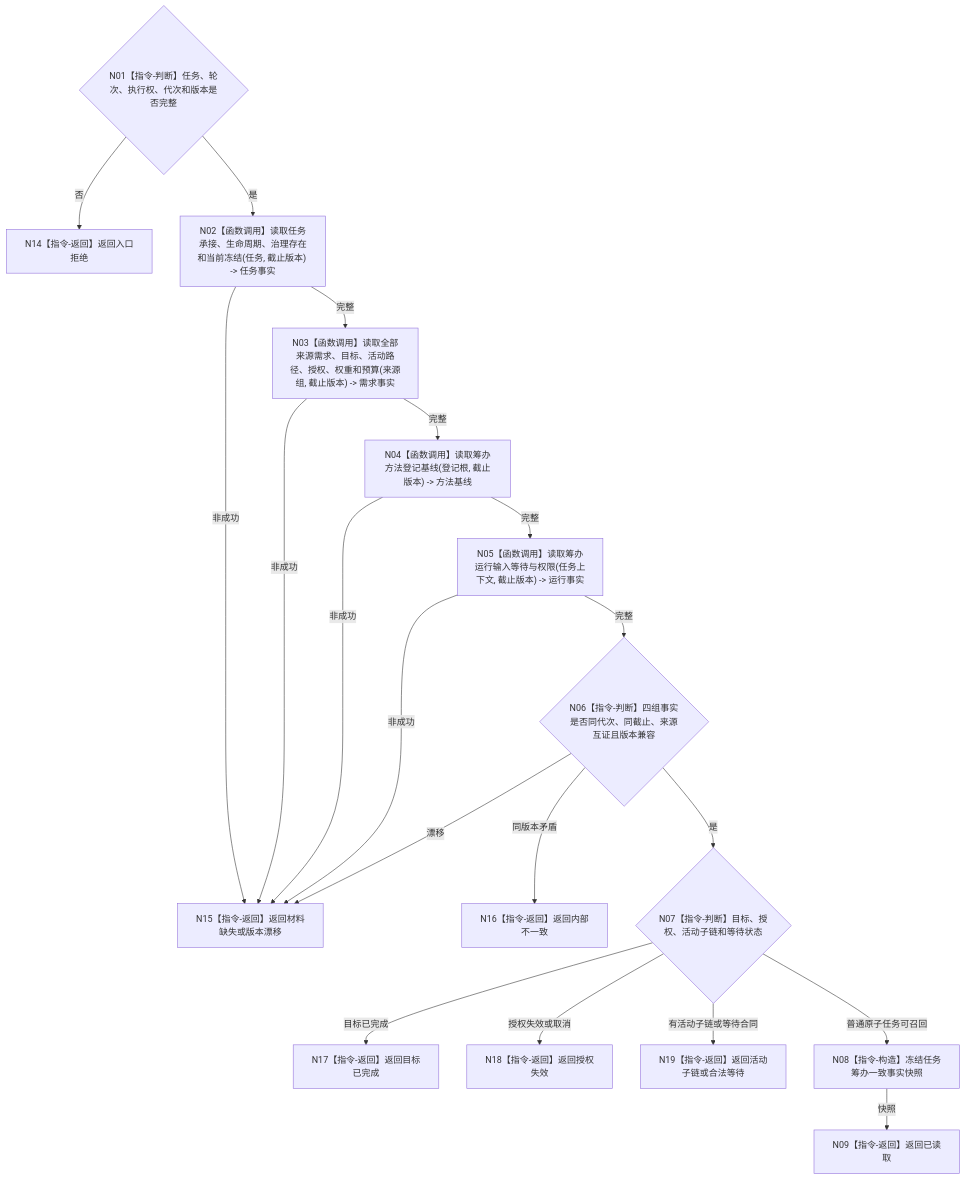
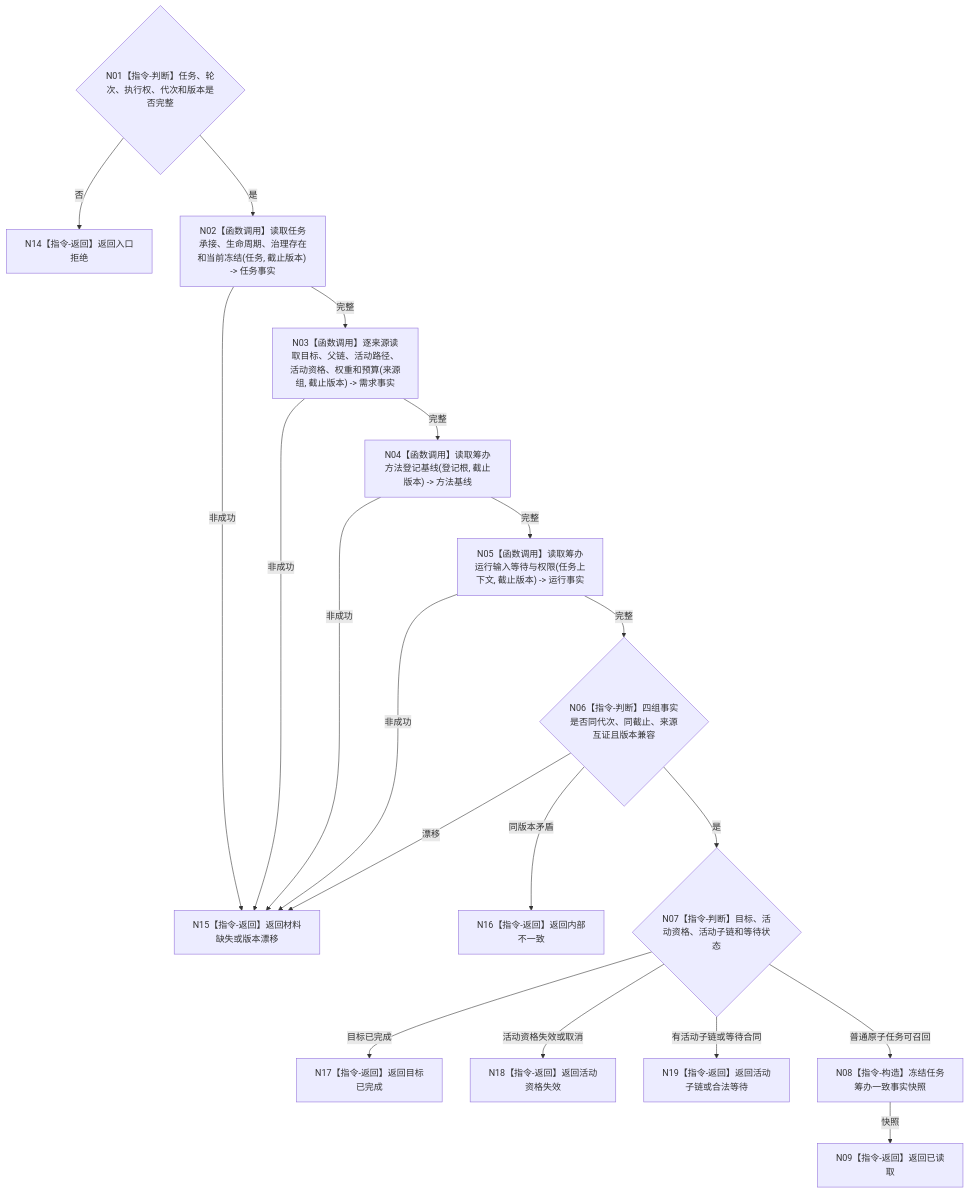
The diagram in 流程图/目标业务流程图/L3/BIZ-L3-004-03-02_读取任务筹办一致事实_目标函数流程图_v0.1.md (chunhaizh-cyber/HY-Ego), drawn with Mermaid before and after one commit. The commit also changed other lines of this file and 35 other files, not shown here.

````diff
--- a/流程图/目标业务流程图/L3/BIZ-L3-004-03-02_读取任务筹办一致事实_目标函数流程图_v0.1.md
+++ b/流程图/目标业务流程图/L3/BIZ-L3-004-03-02_读取任务筹办一致事实_目标函数流程图_v0.1.md
@@ -30,21 +30,21 @@
 ```mermaid
 flowchart TD
     N01{"N01【指令-判断】任务、轮次、执行权、代次和版本是否完整"} -->|否| N14["N14【指令-返回】返回入口拒绝"]
     N01 -->|是| N02["N02【函数调用】读取任务承接、生命周期、治理存在和当前冻结(任务, 截止版本) -> 任务事实"]
     N02 -->|非成功| N15["N15【指令-返回】返回材料缺失或版本漂移"]
-    N02 -->|完整| N03["N03【函数调用】读取全部来源需求、目标、活动路径、授权、权重和预算(来源组, 截止版本) -> 需求事实"]
+    N02 -->|完整| N03["N03【函数调用】逐来源读取目标、父链、活动路径、活动资格、权重和预算(来源组, 截止版本) -> 需求事实"]
     N03 -->|非成功| N15
     N03 -->|完整| N04["N04【函数调用】读取筹办方法登记基线(登记根, 截止版本) -> 方法基线"]
     N04 -->|非成功| N15
     N04 -->|完整| N05["N05【函数调用】读取筹办运行输入等待与权限(任务上下文, 截止版本) -> 运行事实"]
     N05 -->|非成功| N15
     N05 -->|完整| N06{"N06【指令-判断】四组事实是否同代次、同截止、来源互证且版本兼容"}
     N06 -->|漂移| N15
     N06 -->|同版本矛盾| N16["N16【指令-返回】返回内部不一致"]
-    N06 -->|是| N07{"N07【指令-判断】目标、授权、活动子链和等待状态"}
+    N06 -->|是| N07{"N07【指令-判断】目标、活动资格、活动子链和等待状态"}
     N07 -->|目标已完成| N17["N17【指令-返回】返回目标已完成"]
-    N07 -->|授权失效或取消| N18["N18【指令-返回】返回授权失效"]
+    N07 -->|活动资格失效或取消| N18["N18【指令-返回】返回活动资格失效"]
     N07 -->|有活动子链或等待合同| N19["N19【指令-返回】返回活动子链或合法等待"]
     N07 -->|普通原子任务可召回| N08["N08【指令-构造】冻结任务筹办一致事实快照"]
     N08 -->|快照| N09["N09【指令-返回】返回已读取"]
 ```
````
